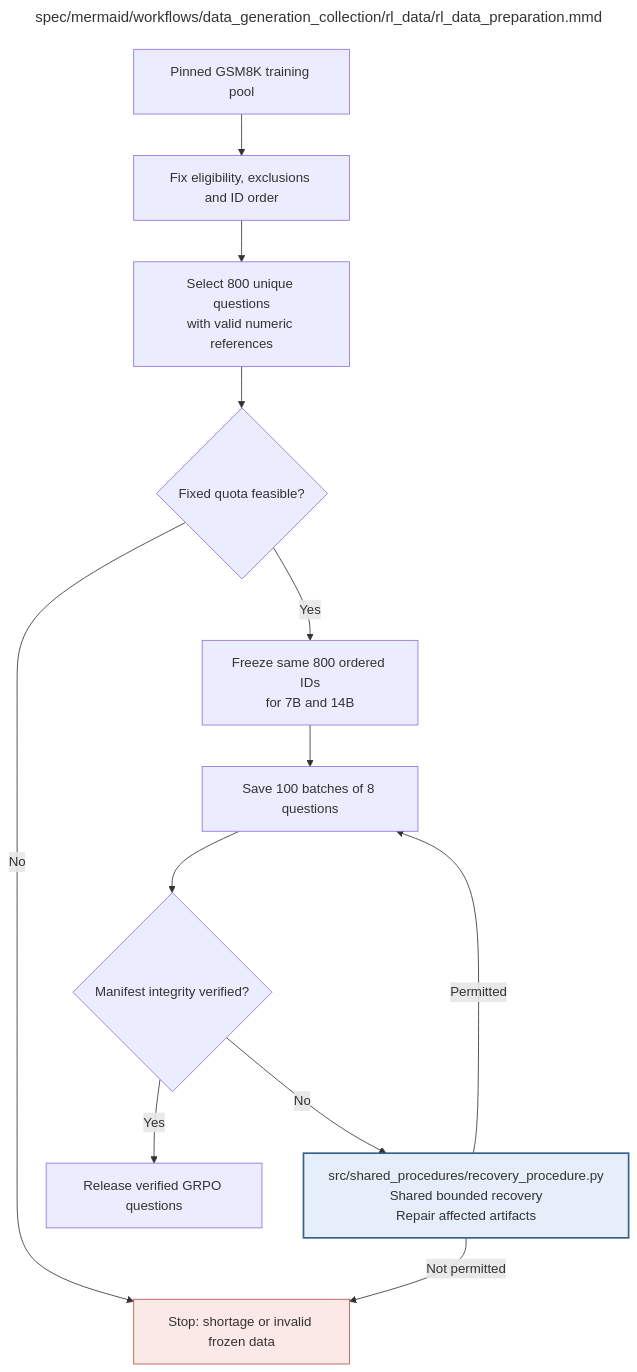
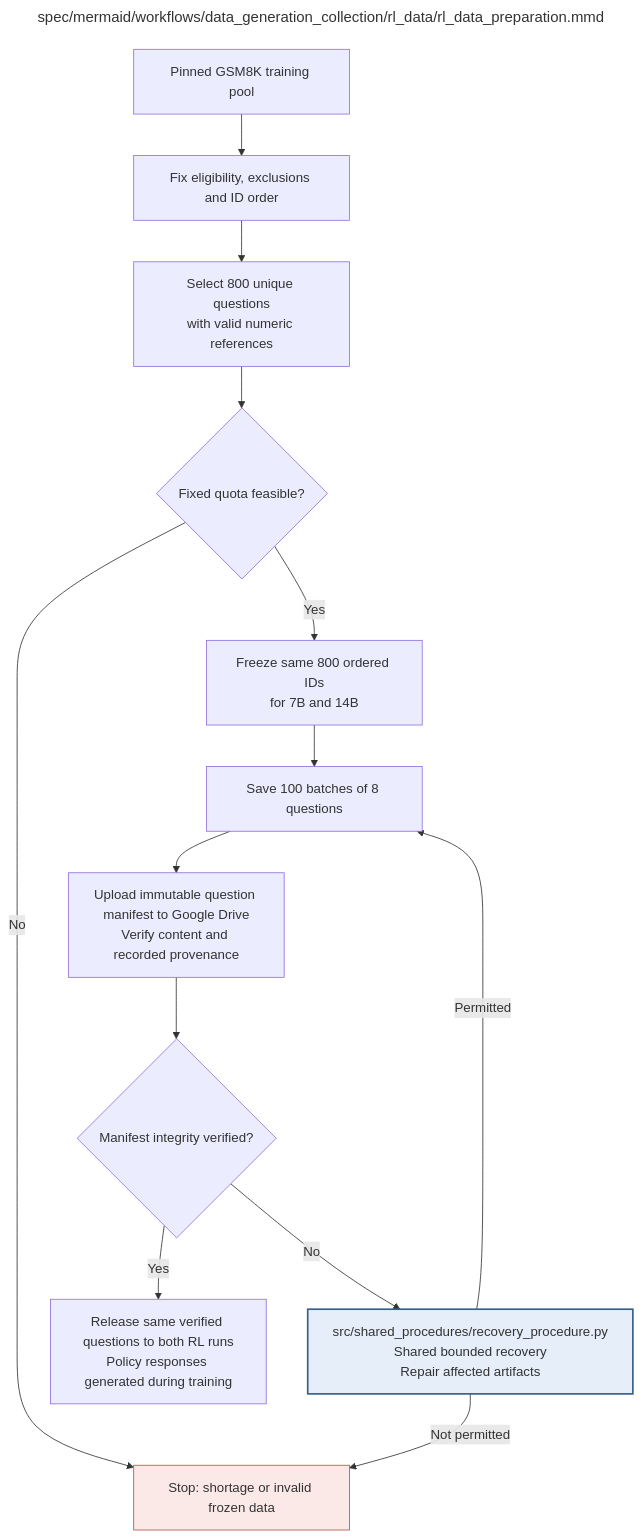
Before and after one commit to AJUNNYC/inducing_persistent_textual_chain_of_thought_illegibility: the diagram in docs/modules/data_generation_collection/rl_data/rl_data_preparation.md, drawn with Mermaid. The commit also changed other lines of this file and 21 other files, not shown here.

````diff
--- a/docs/modules/data_generation_collection/rl_data/rl_data_preparation.md
+++ b/docs/modules/data_generation_collection/rl_data/rl_data_preparation.md
@@ -52,40 +52,41 @@
 ```mermaid
 ---
 title: "spec/mermaid/workflows/data_generation_collection/rl_data/rl_data_preparation.mmd"
 ---
 flowchart TD
 %% RL data preparation
 %% Edit quoted node labels directly; this is native Mermaid source.
 %% Contract: ../../shared_procedures/recovery_procedure.mmd applies to execution failures.
 %% Keep rejected source IDs and reasons; exclusions include detectable evaluation overlap.
 %% No fixed training reasoning targets: current policies generate their own rollouts.
 %% GSM8K easiness is not intrinsically disqualifying; inspect within-group opacity reward variation.
 %% Child: REPAIR => ../../shared_procedures/recovery_procedure.mmd
     INPUT["Pinned GSM8K training pool"]
     ORDER["Fix eligibility, exclusions and ID order"]
     SELECT["Select 800 unique questions<br/>with valid numeric references"]
     ENOUGH{"Fixed quota feasible?"}
     FREEZE["Freeze same 800 ordered IDs<br/>for 7B and 14B"]
     SAVE["Save 100 batches of 8 questions"]
+    DRIVE["Upload immutable question manifest to Google Drive<br/>Verify content and recorded provenance"]
     VALID{"Manifest integrity verified?"}
     REPAIR["src/shared_procedures/recovery_procedure.py<br/>Shared bounded recovery<br/>Repair affected artifacts"]
-    OUT["Release verified GRPO questions"]
+    OUT["Release same verified questions to both RL runs<br/>Policy responses generated during training"]
     STOP["Stop: shortage or invalid frozen data"]
     INPUT --> ORDER --> SELECT --> ENOUGH
     ENOUGH -->|No| STOP
-    ENOUGH -->|Yes| FREEZE --> SAVE --> VALID
+    ENOUGH -->|Yes| FREEZE --> SAVE --> DRIVE --> VALID
     VALID -->|Yes| OUT
     VALID -->|No| REPAIR
     REPAIR -->|Permitted| SAVE
     REPAIR -->|Not permitted| STOP
     classDef detail fill:#e5eef9,stroke:#365f8a,stroke-width:2px
     class REPAIR detail
     classDef stop fill:#fbe9e7,stroke:#b45448
     class STOP stop
 
 %% Repository module: src/data_generation_collection/rl_data/rl_data_preparation.py
 %% Module documentation: docs/modules/data_generation_collection/rl_data/rl_data_preparation.md
 %% Unit test: tests/unit/data_generation_collection/rl_data/test_rl_data_preparation.py
 %% Owner: data_preparation
 %% Source sections: C.3.2,C.3.5; E.2.2; H.7
 ```
````
